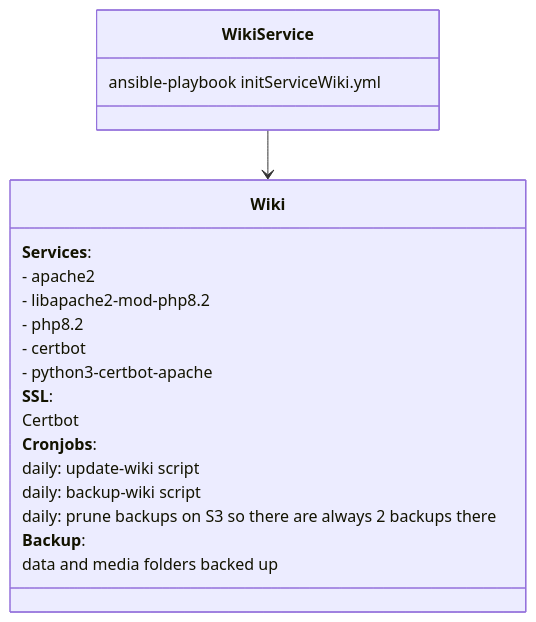
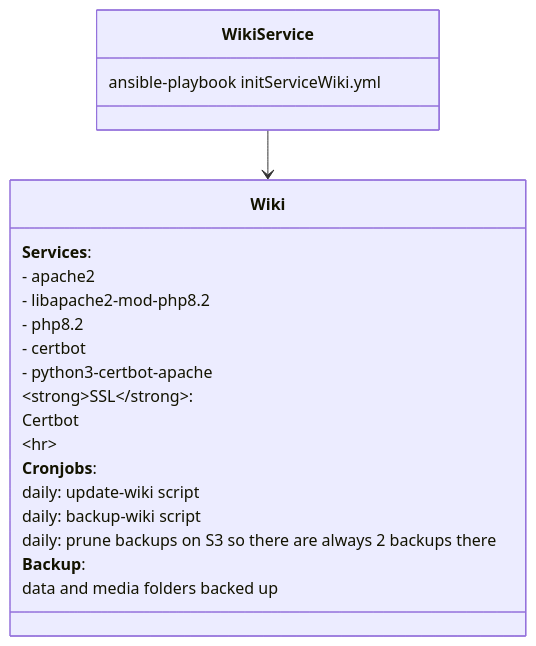
One commit to neighbourhoodie/stf-php-ansible changed the fourth of 5 diagrams in Properties.md. Above: the diagram before and after it, drawn with Mermaid.

Commit message:
try html

````diff
--- a/Properties.md
+++ b/Properties.md
@@ -132,25 +132,25 @@
-```mermaid
+<div class="mermaid">
 classDiagram
   class WikiService { ansible-playbook initServiceWiki.yml }
   
   class Wiki {
     **Services**:
     - apache2
     - libapache2-mod-php8.2
     - php8.2
     - certbot
     - python3-certbot-apache
 
-    **SSL**:
+    <strong>SSL</strong>:
     Certbot
-
+<hr>
     **Cronjobs**:
     daily: update-wiki script
     daily: backup-wiki script
     daily: prune backups on S3 so there are always 2 backups there
     **Backup**:
     data and media folders backed up
   }
 
   WikiService --> Wiki
-```
+</div>
````
